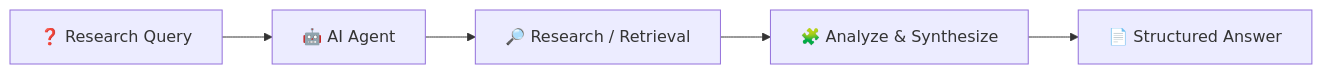
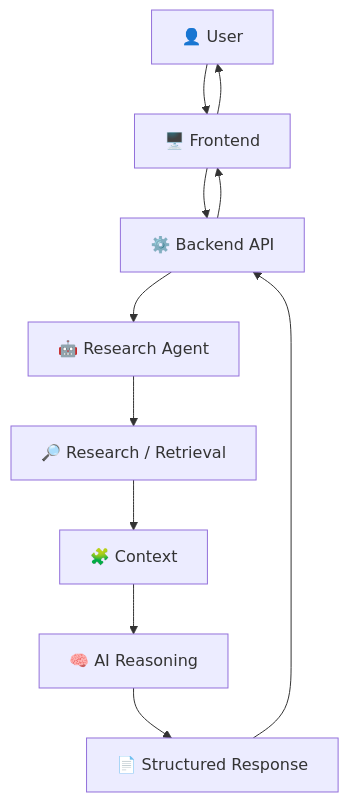
One commit to Priyanshu710-ui/AI-Research-Agent changed the first of 4 diagrams in README.md. Above: the diagram before and after it, drawn with Mermaid. The commit also changed other lines of this file, not shown here.

Commit message:
Replace diagram-only README with detailed AI project documentation

````diff
--- a/README.md
+++ b/README.md
@@ -9,7 +31,11 @@
 ```mermaid
-flowchart LR
-    Q[❓ Research Query] --> A[🤖 AI Agent]
-    A --> S[🔎 Research / Retrieval]
-    S --> P[🧩 Analyze & Synthesize]
-    P --> R[📄 Structured Answer]
+flowchart TB
+    U[👤 User] --> F[🖥️ Frontend]
+    F --> B[⚙️ Backend API]
+    B --> AG[🤖 Research Agent]
+    AG --> S[🔎 Research / Retrieval]
+    S --> C[🧩 Context]
+    C --> LLM[🧠 AI Reasoning]
+    LLM --> R[📄 Structured Response]
+    R --> B --> F --> U
 ```
````
